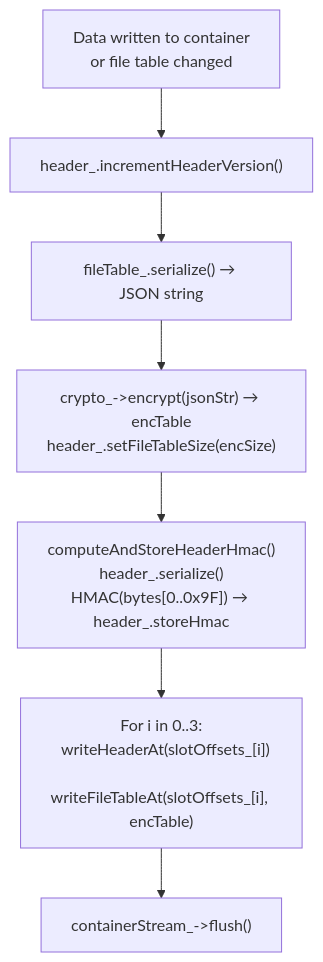
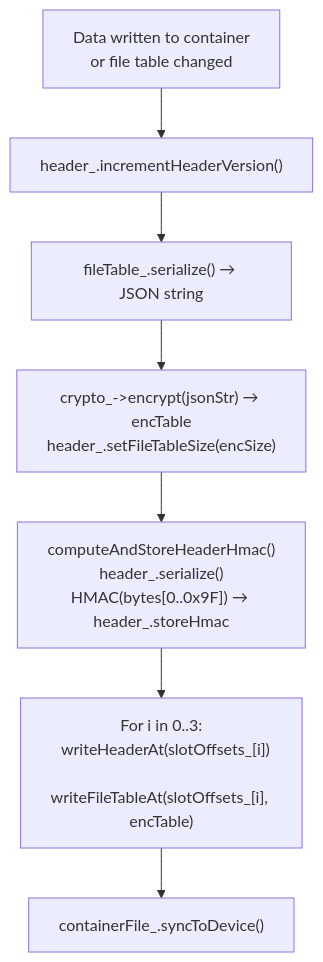
One commit to TheatreLight/scef changed the sixth of 8 diagrams in docs/data-flows.md. Above: the diagram before and after it, drawn with Mermaid. The commit also changed other lines of this file and 57 other files, not shown here.

````diff
--- a/docs/data-flows.md
+++ b/docs/data-flows.md
@@ -142,12 +142,12 @@
 ```mermaid
 flowchart TD
     A["Data written to container\nor file table changed"]
     B["header_.incrementHeaderVersion()"]
     C["fileTable_.serialize() → JSON string"]
     D["crypto_->encrypt(jsonStr) → encTable\nheader_.setFileTableSize(encSize)"]
     E["computeAndStoreHeaderHmac()\nheader_.serialize()\nHMAC(bytes[0..0x9F]) → header_.storeHmac"]
     F["For i in 0..3:\n  writeHeaderAt(slotOffsets_[i])\n  writeFileTableAt(slotOffsets_[i], encTable)"]
-    G["containerStream_->flush()"]
+    G["containerFile_.syncToDevice()"]
 
     A --> B --> C --> D --> E --> F --> G
 ```
````
